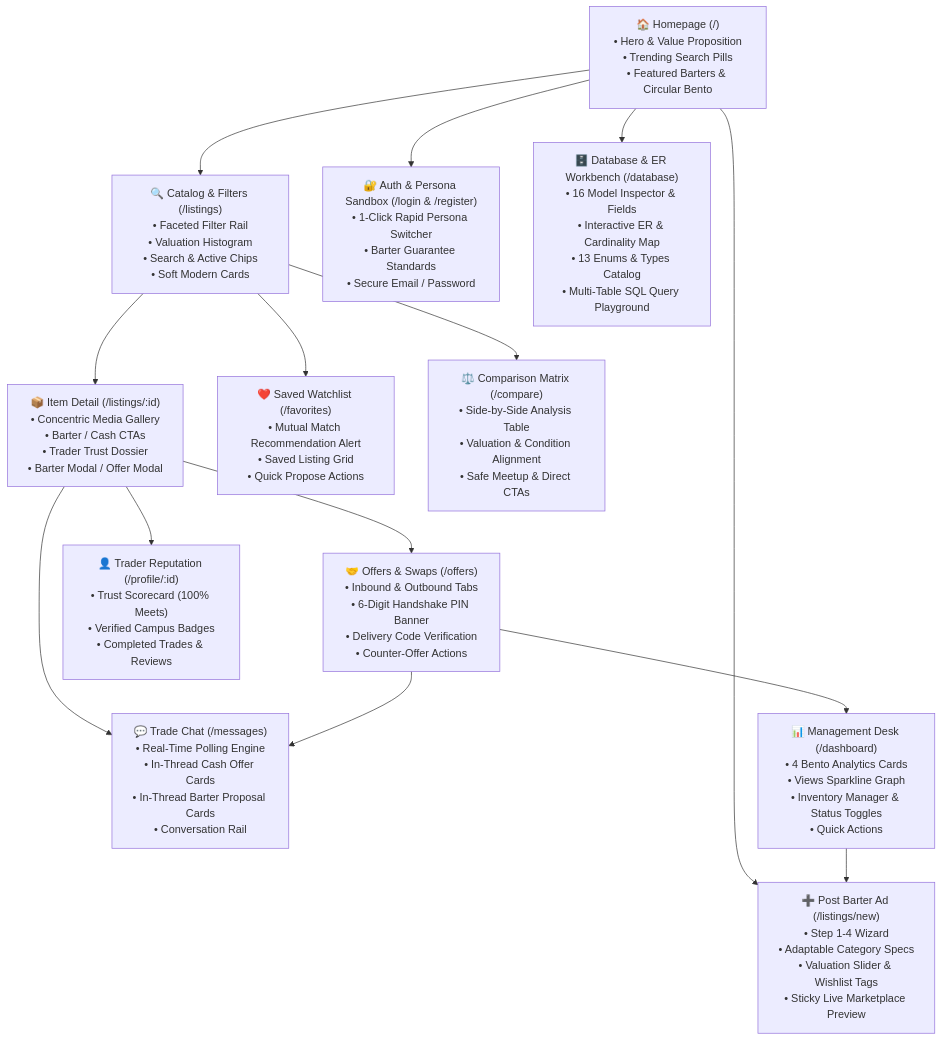
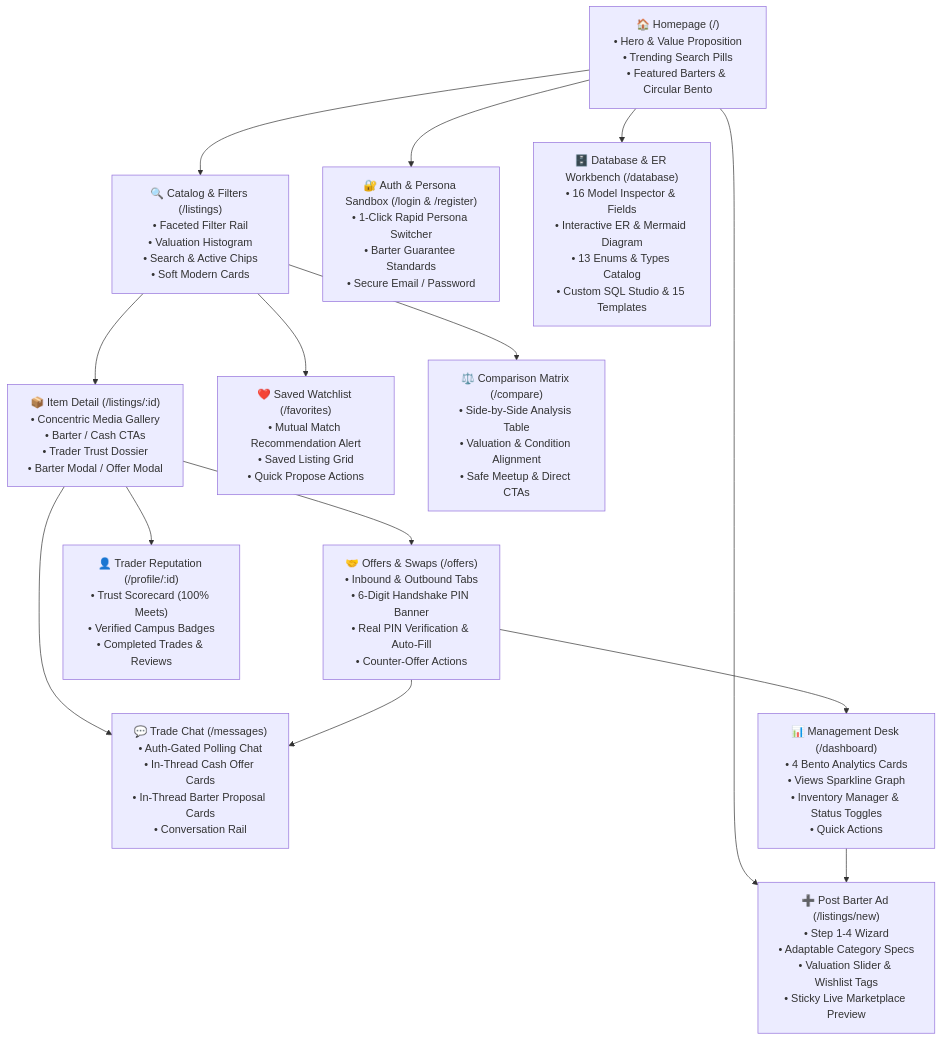
One commit to H4R5H1L-27/BaterHub changed the first of 2 diagrams in README.md. Above: the diagram before and after it, drawn with Mermaid. The commit also changed other lines of this file, not shown here.

Commit message:
docs: comprehensive README update with database hub, SQL studio, and handshake verification

````diff
--- a/README.md
+++ b/README.md
@@ -90,29 +114,29 @@
 ```mermaid
 graph TD
   Home["🏠 Homepage (/)<br/>• Hero & Value Proposition<br/>• Trending Search Pills<br/>• Featured Barters & Circular Bento"]
   Browse["🔍 Catalog & Filters (/listings)<br/>• Faceted Filter Rail<br/>• Valuation Histogram<br/>• Search & Active Chips<br/>• Soft Modern Cards"]
   NewListing["➕ Post Barter Ad (/listings/new)<br/>• Step 1-4 Wizard<br/>• Adaptable Category Specs<br/>• Valuation Slider & Wishlist Tags<br/>• Sticky Live Marketplace Preview"]
   ListingDetail["📦 Item Detail (/listings/:id)<br/>• Concentric Media Gallery<br/>• Barter / Cash CTAs<br/>• Trader Trust Dossier<br/>• Barter Modal / Offer Modal"]
-  Offers["🤝 Offers & Swaps (/offers)<br/>• Inbound & Outbound Tabs<br/>• 6-Digit Handshake PIN Banner<br/>• Delivery Code Verification<br/>• Counter-Offer Actions"]
-  Messages["💬 Trade Chat (/messages)<br/>• Real-Time Polling Engine<br/>• In-Thread Cash Offer Cards<br/>• In-Thread Barter Proposal Cards<br/>• Conversation Rail"]
+  Offers["🤝 Offers & Swaps (/offers)<br/>• Inbound & Outbound Tabs<br/>• 6-Digit Handshake PIN Banner<br/>• Real PIN Verification & Auto-Fill<br/>• Counter-Offer Actions"]
+  Messages["💬 Trade Chat (/messages)<br/>• Auth-Gated Polling Chat<br/>• In-Thread Cash Offer Cards<br/>• In-Thread Barter Proposal Cards<br/>• Conversation Rail"]
   Dashboard["📊 Management Desk (/dashboard)<br/>• 4 Bento Analytics Cards<br/>• Views Sparkline Graph<br/>• Inventory Manager & Status Toggles<br/>• Quick Actions"]
   Favorites["❤️ Saved Watchlist (/favorites)<br/>• Mutual Match Recommendation Alert<br/>• Saved Listing Grid<br/>• Quick Propose Actions"]
   Compare["⚖️ Comparison Matrix (/compare)<br/>• Side-by-Side Analysis Table<br/>• Valuation & Condition Alignment<br/>• Safe Meetup & Direct CTAs"]
   Profile["👤 Trader Reputation (/profile/:id)<br/>• Trust Scorecard (100% Meets)<br/>• Verified Campus Badges<br/>• Completed Trades & Reviews"]
   Auth["🔐 Auth & Persona Sandbox (/login & /register)<br/>• 1-Click Rapid Persona Switcher<br/>• Barter Guarantee Standards<br/>• Secure Email / Password"]
-  DB["🗄️ Database & ER Workbench (/database)<br/>• 16 Model Inspector & Fields<br/>• Interactive ER & Cardinality Map<br/>• 13 Enums & Types Catalog<br/>• Multi-Table SQL Query Playground"]
+  DB["🗄️ Database & ER Workbench (/database)<br/>• 16 Model Inspector & Fields<br/>• Interactive ER & Mermaid Diagram<br/>• 13 Enums & Types Catalog<br/>• Custom SQL Studio & 15 Templates"]
 
   Home --> Browse
   Home --> NewListing
   Home --> Auth
   Home --> DB
   Browse --> ListingDetail
   Browse --> Compare
   ListingDetail --> Offers
   ListingDetail --> Messages
   Offers --> Messages
   Offers --> Dashboard
   Dashboard --> NewListing
   Browse --> Favorites
   ListingDetail --> Profile
 ```
````
